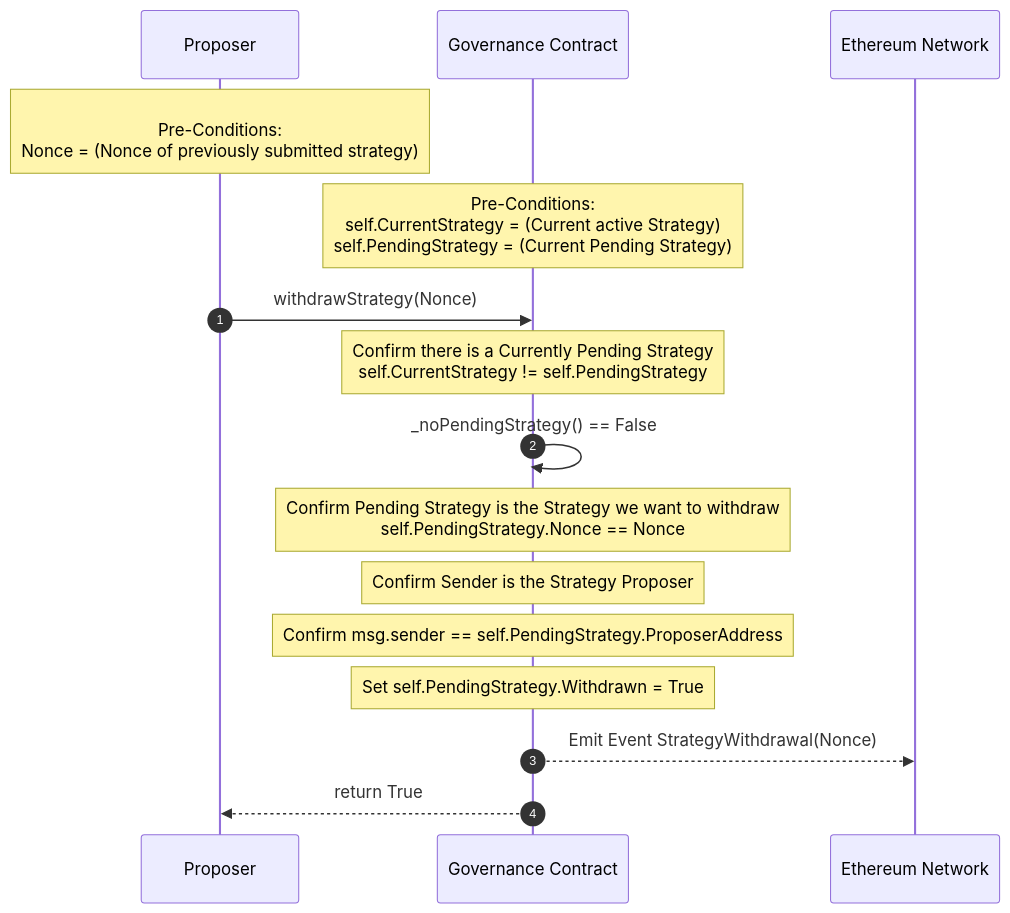
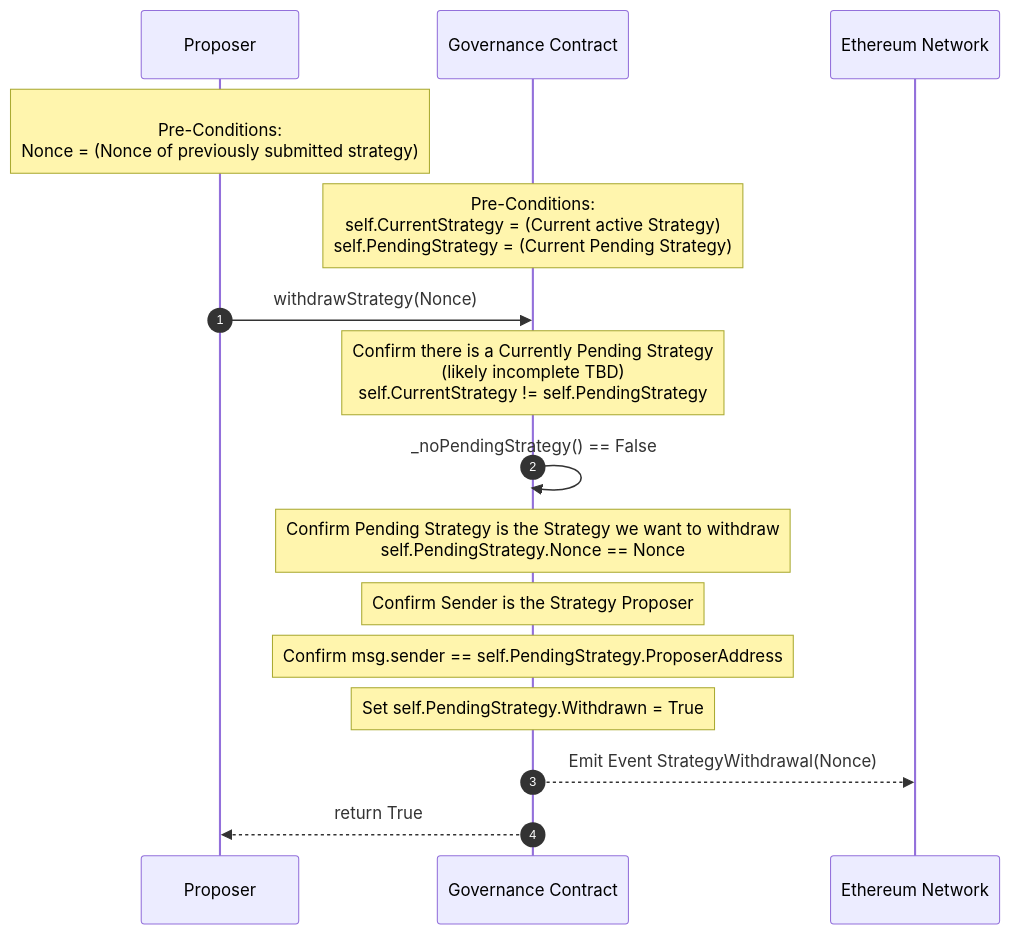
One commit to DynamoFinance/vault changed the second of 8 diagrams in docs/Governance.md. Above: the diagram before and after it, drawn with Mermaid. The commit also changed other lines of this file, not shown here.

Commit message:
Reformatting sequence diagrams.

````diff
--- a/docs/Governance.md
+++ b/docs/Governance.md
@@ -102,19 +82,19 @@
 ```mermaid
 sequenceDiagram
 
     participant P as Proposer
     participant C1 as Governance Contract
     participant N as Ethereum Network
     autonumber
     Note over P:<br> Pre-Conditions:<br> Nonce = (Nonce of previously submitted strategy)
     Note over C1: Pre-Conditions:<br>self.CurrentStrategy = (Current active Strategy)<br> self.PendingStrategy = (Current Pending Strategy)
     P->>C1: withdrawStrategy(Nonce)
-    Note over C1: Confirm there is a Currently Pending Strategy <br>self.CurrentStrategy != self.PendingStrategy 
+    Note over C1: Confirm there is a Currently Pending Strategy<br>(likely incomplete TBD)<br>self.CurrentStrategy != self.PendingStrategy 
     C1 ->> C1: _noPendingStrategy() == False
     Note over C1: Confirm Pending Strategy is the Strategy we want to withdraw <br> self.PendingStrategy.Nonce == Nonce
     Note over C1: Confirm Sender is the Strategy Proposer 
     Note over C1: Confirm msg.sender == self.PendingStrategy.ProposerAddress
     Note over C1:Set self.PendingStrategy.Withdrawn = True
     C1-->>N: Emit Event StrategyWithdrawal(Nonce)
     C1-->>P: return True
 ```
````
